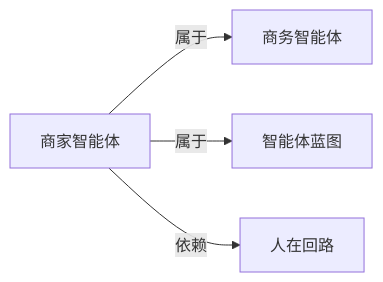
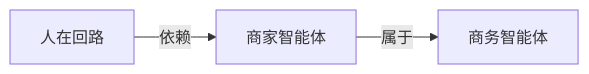
The diagram in wiki/商家智能体.md (yibie/claude-best-practices-zh), drawn with Mermaid before and after one commit. The commit also changed other lines of this file and 407 other files, not shown here.

Commit message:
feat: DeepSeek 三遍审校（译文/关系/图谱）+ 可部署静态站点

````diff
--- a/wiki/商家智能体.md
+++ b/wiki/商家智能体.md
@@ -44,7 +44,6 @@
 ```mermaid
 graph LR
   C["商家智能体"]
-  C -->|属于| N0["商务智能体"]
-  C -->|属于| N1["智能体蓝图"]
-  C -->|依赖| N2["人在回路"]
+  N0["人在回路"] -->|依赖| C
+  C -->|属于| N1["商务智能体"]
 ```
````
